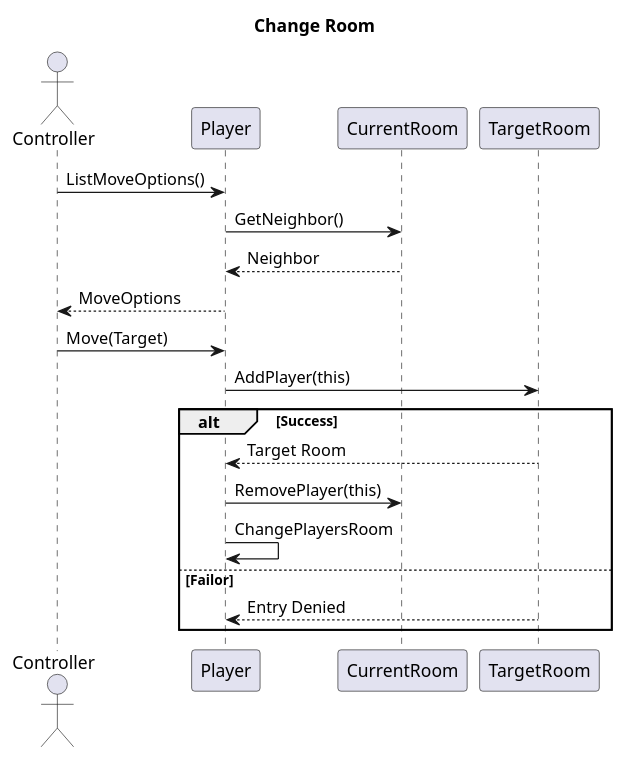
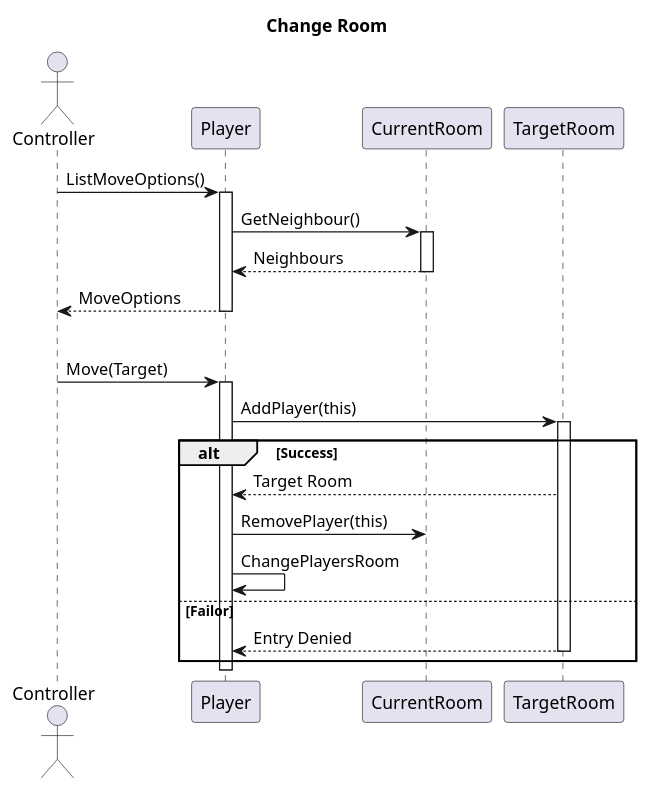
One commit to MBakter/echo changed the diagram in docs/simple_step.plantuml. Above: the diagram before and after it, drawn with PlantUML. The commit also changed 1 other file, not shown here.

```diff
--- a/docs/simple_step.plantuml
+++ b/docs/simple_step.plantuml
@@ -1,22 +1,32 @@
 @startuml
 title Change Room
 actor Controller
-Controller -> Player : ListMoveOptions()
-Player -> CurrentRoom : GetNeighbor()
-Player <-- CurrentRoom : Neighbor
-Controller <-- Player : MoveOptions
 
-Controller -> Player : Move(Target)
+    Controller -> Player : ListMoveOptions()
+activate Player
 
-Player -> TargetRoom : AddPlayer(this)
+        Player -> CurrentRoom : GetNeighbour()
+    activate CurrentRoom
+        Player <-- CurrentRoom : Neighbours
+    deactivate CurrentRoom
 
-alt Success
-    TargetRoom --> Player : Target Room
-    Player -> CurrentRoom : RemovePlayer(this)
-    Player -> Player : ChangePlayersRoom
-    
-else Failor
-    TargetRoom --> Player: Entry Denied
-end
+    Controller <-- Player : MoveOptions
+deactivate Player
+
+|||
+
+    Controller -> Player : Move(Target)
+activate Player
+    Player -> TargetRoom : AddPlayer(this)
+    activate TargetRoom
+        alt Success
+            TargetRoom --> Player : Target Room
+            Player -> CurrentRoom : RemovePlayer(this)
+            Player -> Player : ChangePlayersRoom 
+        else Failor
+            TargetRoom --> Player: Entry Denied
+    deactivate TargetRoom
+        end
+deactivate Player
 
 @enduml
```
